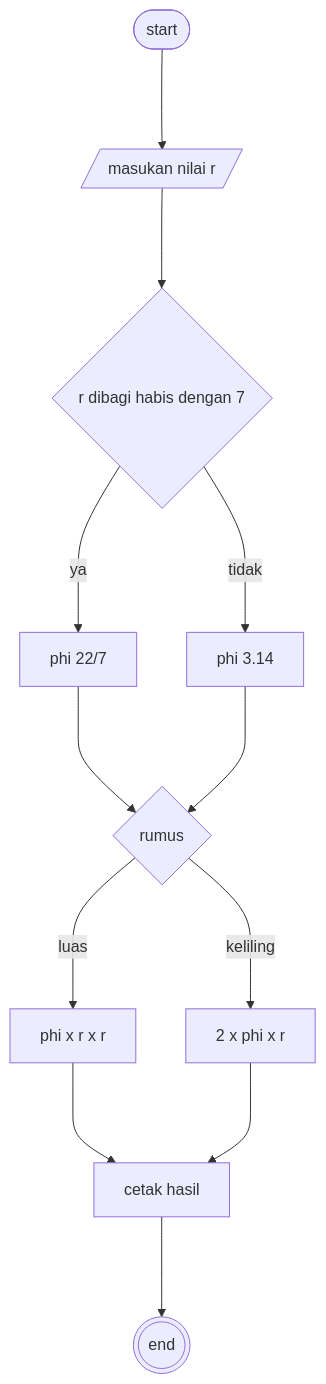
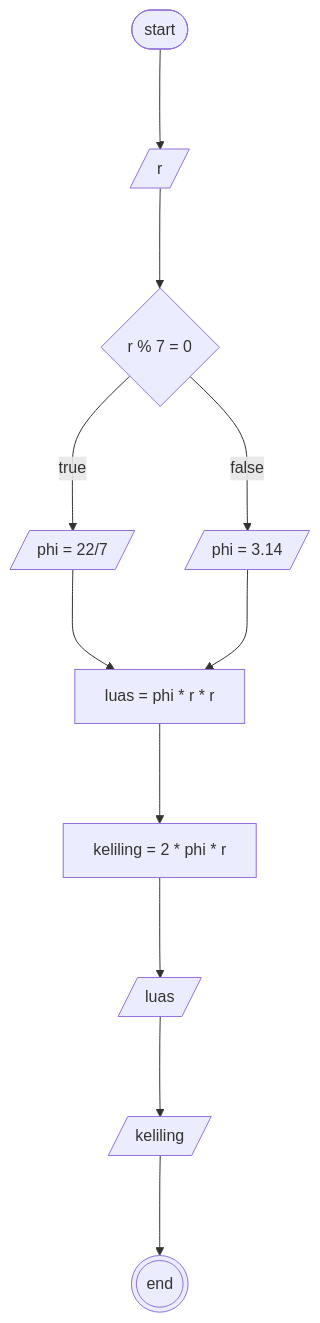
The diagram in minitask5.md (ghifar1327/koda-b4-algoritma), drawn with Mermaid before and after one commit. The commit also changed 7 other files, not shown here.

````diff
--- a/minitask5.md
+++ b/minitask5.md
@@ -3,14 +3,13 @@
 ```mermaid
 flowchart TB
-a([start]) --->b[/masukan nilai r/]
-b--->c{r dibagi habis dengan 7}
-c--->|ya|d[phi 22/7 ]
-c--->|tidak|e[phi 3.14]
-d--->f{rumus}
-e--->f
-f--->|luas|g[phi x r x r]
-f--->|keliling|i[2 x phi x r]
-g--->j[cetak hasil]
-i--->j
-j--->k(((end)))
+a([start]) --->b[/r/]
+b--->c{r % 7 = 0}
+c--->|true|d[/phi = 22/7 /]
+c--->|false|e[/phi = 3.14/]
+d--->g[luas = phi * r * r]
+g--->i[keliling = 2 * phi * r]
+e--->g
+i--->j[/luas/]
+j--->k[/keliling/]
+k--->l(((end)))
 ```
````
